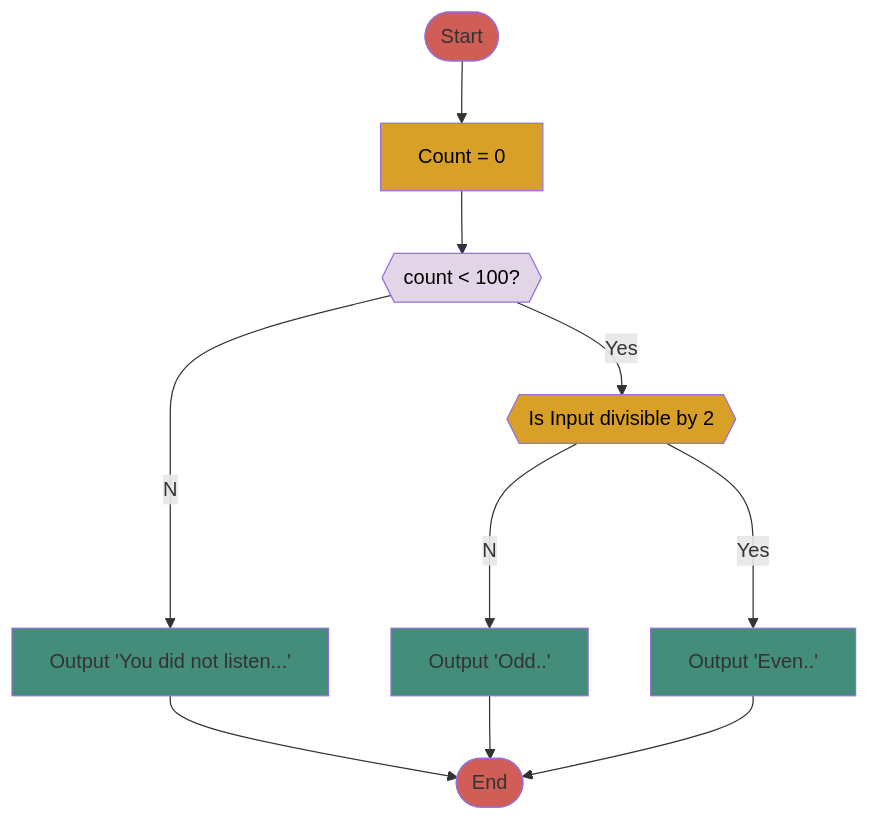
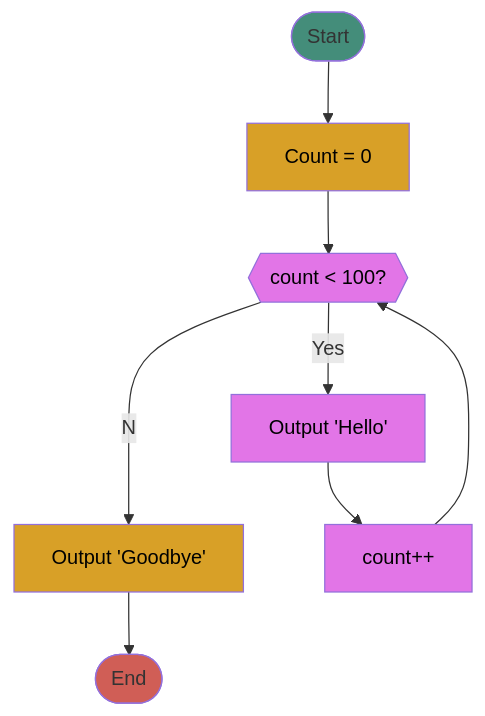
Before and after one commit to HokoraYinphineMPP/obsidian-git-sync: the diagram in CSE 2010-12(83648)/2022-09-14 Loops.md, drawn with Mermaid.

Commit message:
vault backup: 2022-09-14 17:50:22

````diff
--- a/CSE 2010-12(83648)/2022-09-14 Loops.md
+++ b/CSE 2010-12(83648)/2022-09-14 Loops.md
@@ -54,16 +54,14 @@
 ```mermaid
 graph TD;
-    A([Start]):::Red-->B;
+    A([Start]):::Green-->B;
     B[Count = 0]:::Yellow-->C;
     C{{count < 100?}}:::Purple--No-->D;
     C--Yes-->E;
-    E{{Is Input divisible by 2}}:::Yellow--No-->F;
-	    E--Yes-->G;
-    F[Output 'Odd..']:::Green-->H([End]):::Red;
-    D[Output 'You did not listen...']:::Green-->H;
-    G[Output 'Even..']:::Green-->H;
+    E[Output 'Hello']:::Purple-->F;
+    F[count++]:::Purple-->C
+	D[Output 'Goodbye']:::Yellow-->H([End]):::Red;
 	classDef Red fill:#d05e56;
 	classDef Yellow fill:#d8a027, color:#000;
 	classDef Green fill:#448d7a;
-	classDef Purple fill:#e2d5e7, color:#000;
+	classDef Purple fill:#e275e7, color:#000;
 ```
````
